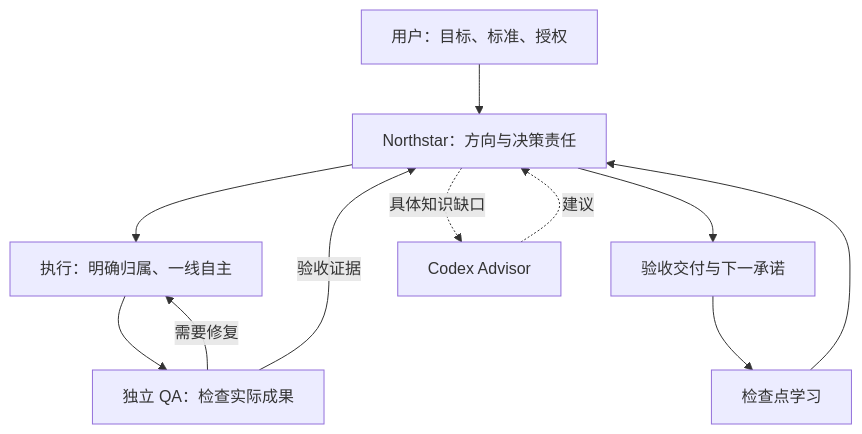
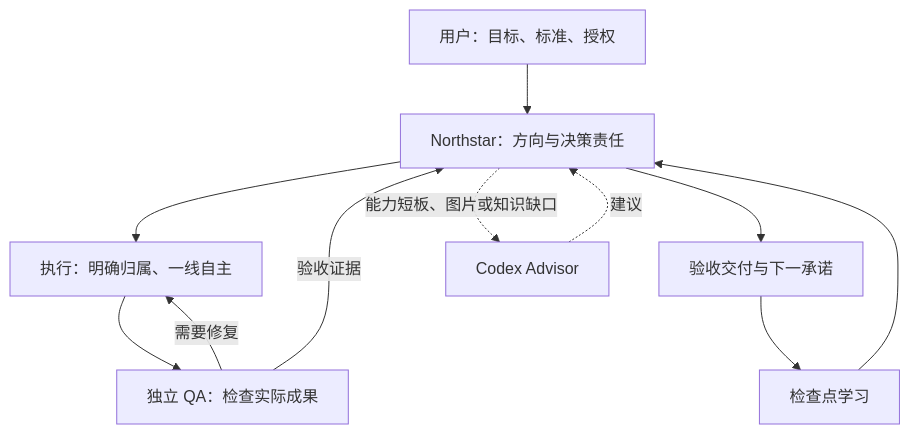
Before and after one commit to stancsz/northstar: the diagram in docs/misc/README.zh-CN.md, drawn with Mermaid. The commit also changed other lines of this file and 33 other files, not shown here.

````diff
--- a/docs/misc/README.zh-CN.md
+++ b/docs/misc/README.zh-CN.md
@@ -102,13 +102,13 @@
 ```mermaid
 flowchart TD
     O[用户：目标、标准、授权] --> N[Northstar：方向与决策责任]
     N --> B[执行：明确归属、一线自主]
     B --> Q[独立 QA：检查实际成果]
     Q -->|需要修复| B
     Q -->|验收证据| N
     N --> D[验收交付与下一承诺]
-    N -. 具体知识缺口 .-> A[Codex Advisor]
+    N -. 能力短板、图片或知识缺口 .-> A[Codex Advisor]
     A -. 建议 .-> N
     D --> L[检查点学习]
     L --> N
 ```
````
